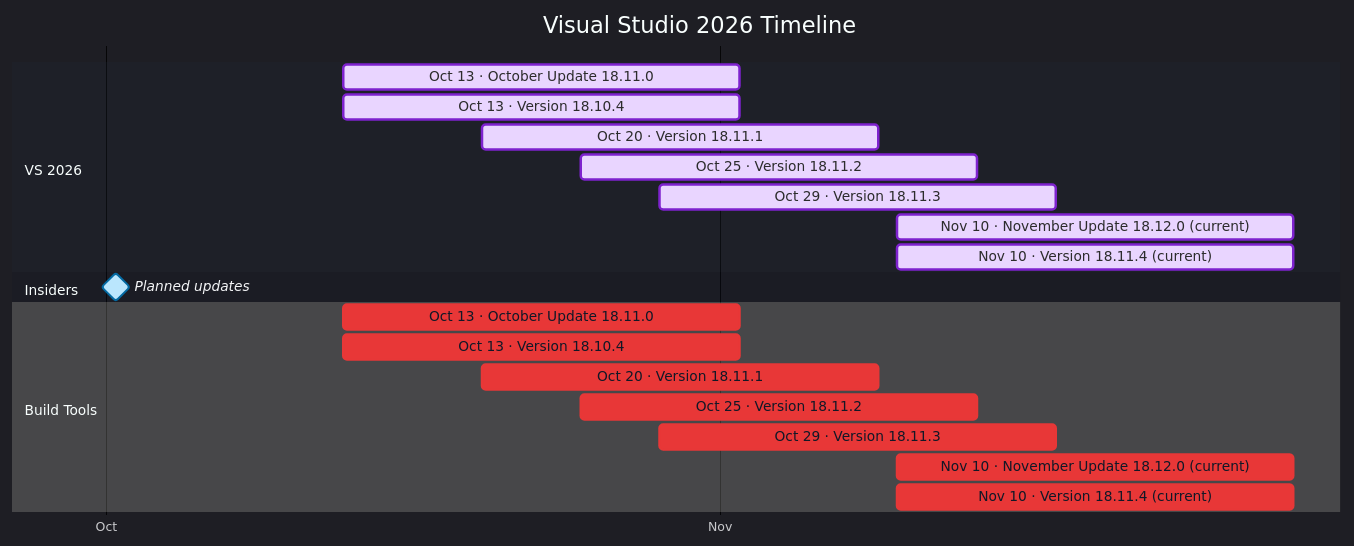
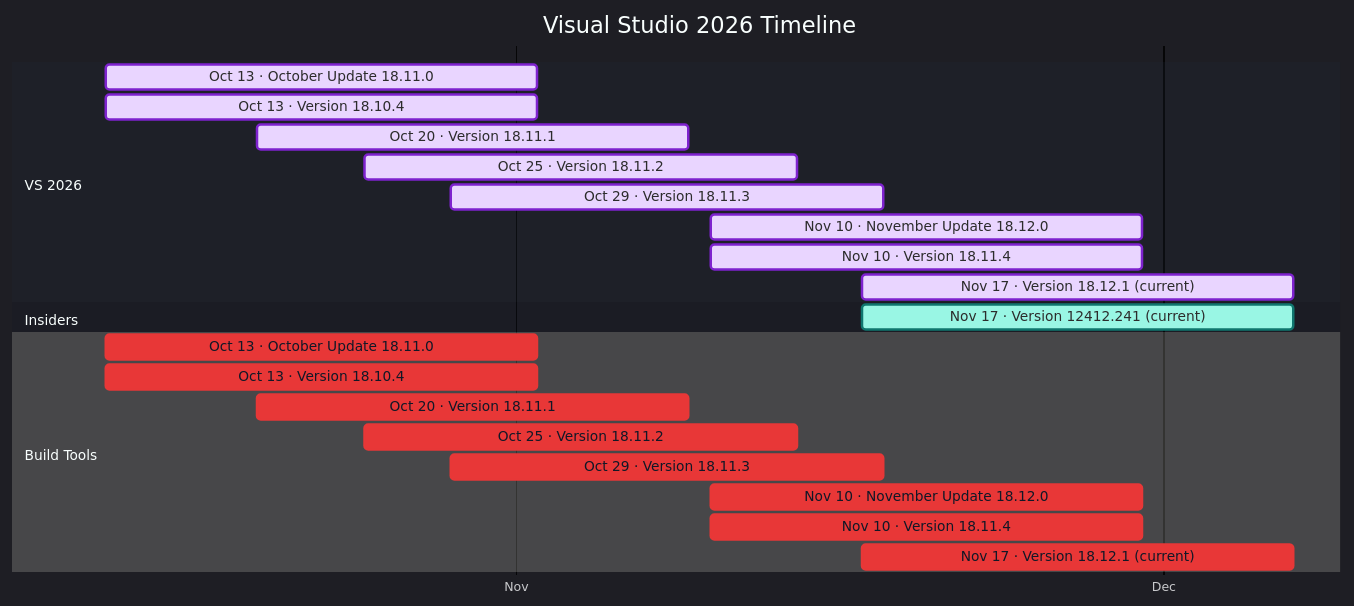
The diagram in docs/visual-studio-2026.md (Oxelya-DevTools/VisualStudioUpdate), drawn with Mermaid before and after one commit. The commit also changed other lines of this file and 3 other files, not shown here.

````diff
--- a/docs/visual-studio-2026.md
+++ b/docs/visual-studio-2026.md
@@ -9,26 +9,28 @@
 ```mermaid
 %%{init: {'theme':'dark','themeVariables': { 'fontFamily': 'Segoe UI', 'fontSize': '24px', 'textColor': '#F3F4F6', 'titleTextColor': '#FFFFFF', 'taskTextColor': '#111827', 'taskTextLightColor': '#111827', 'taskTextOutsideColor': '#F3F4F6', 'taskBkgColor': '#BAE6FD', 'taskBorderColor': '#0369A1', 'doneTaskBkgColor': '#E9D5FF', 'doneTaskBorderColor': '#7E22CE', 'activeTaskBkgColor': '#99F6E4', 'activeTaskBorderColor': '#0F766E', 'critTaskBkgColor': '#FED7AA', 'critTaskBorderColor': '#C2410C', 'sectionBkgColor': '#1F2937', 'altSectionBkgColor': '#111827', 'gridColor': '#4B5563', 'todayLineColor': '#F87171' }}}%%
 gantt
     title Visual Studio 2026 Timeline
     dateFormat  YYYY-MM-DD
     axisFormat  %b
     tickInterval 1month
     section VS 2026
     Oct 13 · October Update 18.11.0 : done, vs2026202610130, 2026-10-13, 20d
     Oct 13 · Version 18.10.4 : done, vs2026202610131, 2026-10-13, 20d
     Oct 20 · Version 18.11.1 : done, vs2026202610202, 2026-10-20, 20d
     Oct 25 · Version 18.11.2 : done, vs2026202610253, 2026-10-25, 20d
     Oct 29 · Version 18.11.3 : done, vs2026202610294, 2026-10-29, 20d
-    Nov 10 · November Update 18.12.0 (current) : done, vs2026202611105, 2026-11-10, 20d
-    Nov 10 · Version 18.11.4 (current) : done, vs2026202611106, 2026-11-10, 20d
+    Nov 10 · November Update 18.12.0 : done, vs2026202611105, 2026-11-10, 20d
+    Nov 10 · Version 18.11.4 : done, vs2026202611106, 2026-11-10, 20d
+    Nov 17 · Version 18.12.1 (current) : done, vs2026202611177, 2026-11-17, 20d
     section Insiders
-    Planned updates : milestone, insidersplanned, 2026-10-01, 1d
+    Nov 17 · Version 12412.241 (current) : active, insiders202611170, 2026-11-17, 20d
     section Build Tools
     Oct 13 · October Update 18.11.0 : crit, buildtools202610130, 2026-10-13, 20d
     Oct 13 · Version 18.10.4 : crit, buildtools202610131, 2026-10-13, 20d
     Oct 20 · Version 18.11.1 : crit, buildtools202610202, 2026-10-20, 20d
     Oct 25 · Version 18.11.2 : crit, buildtools202610253, 2026-10-25, 20d
     Oct 29 · Version 18.11.3 : crit, buildtools202610294, 2026-10-29, 20d
-    Nov 10 · November Update 18.12.0 (current) : crit, buildtools202611105, 2026-11-10, 20d
-    Nov 10 · Version 18.11.4 (current) : crit, buildtools202611106, 2026-11-10, 20d
+    Nov 10 · November Update 18.12.0 : crit, buildtools202611105, 2026-11-10, 20d
+    Nov 10 · Version 18.11.4 : crit, buildtools202611106, 2026-11-10, 20d
+    Nov 17 · Version 18.12.1 (current) : crit, buildtools202611177, 2026-11-17, 20d
 ```
````
